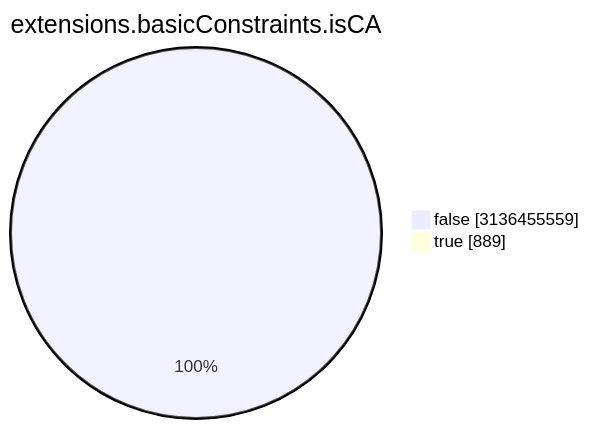
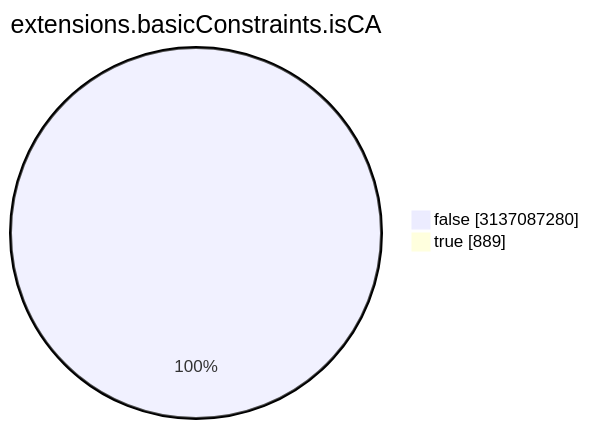
Before and after one commit to christiankrug/ctmonitor_visualization: the seventh of 15 diagrams in TOTAL/README.md, drawn with Mermaid. The commit also changed other lines of this file, not shown here.

````diff
--- a/TOTAL/README.md
+++ b/TOTAL/README.md
@@ -3088,6 +3088,6 @@
 ```mermaid
 pie showData
 title extensions.basicConstraints.isCA
-"false" :3136455559
+"false" :3137087280
 "true" :889
 ```
````
